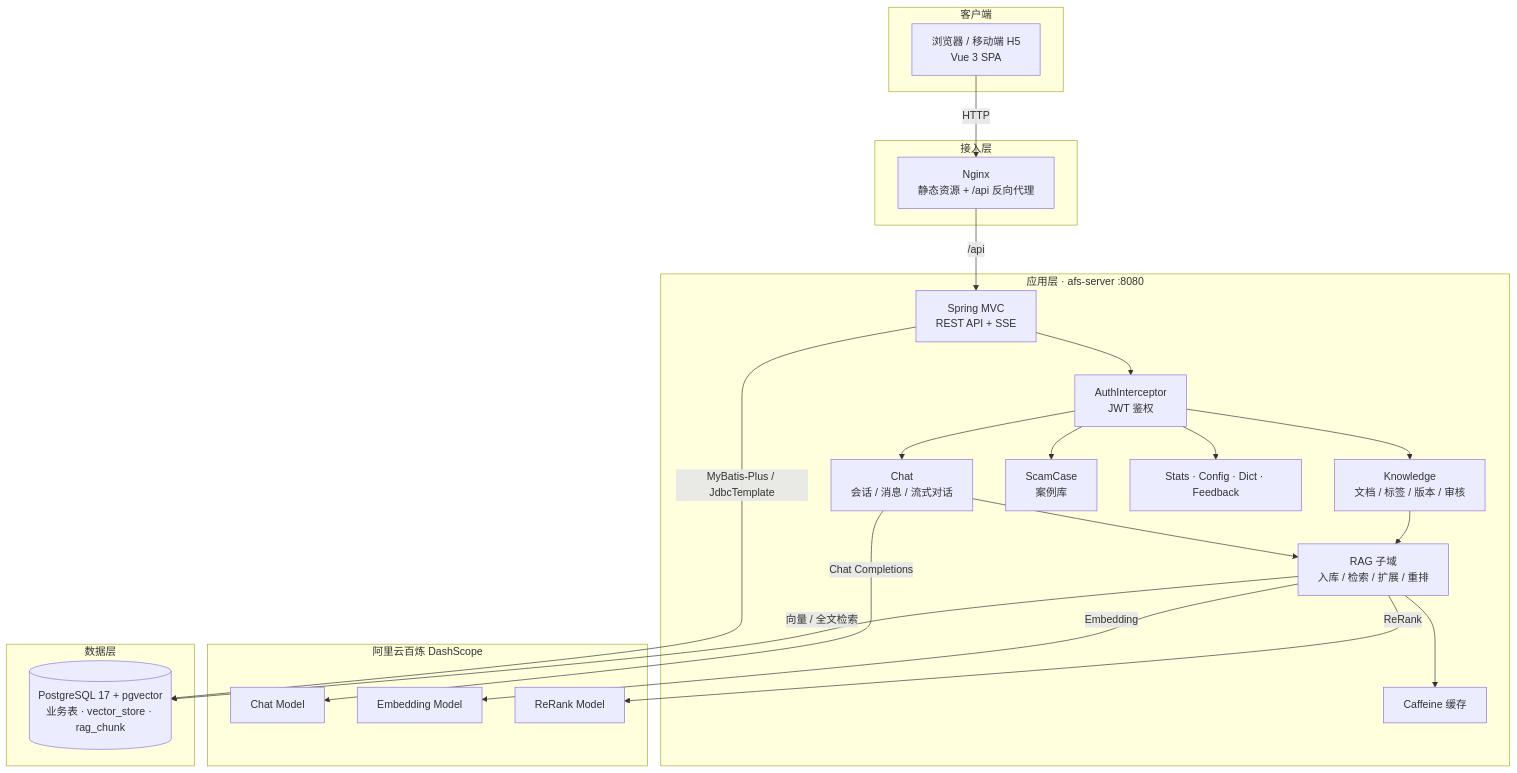
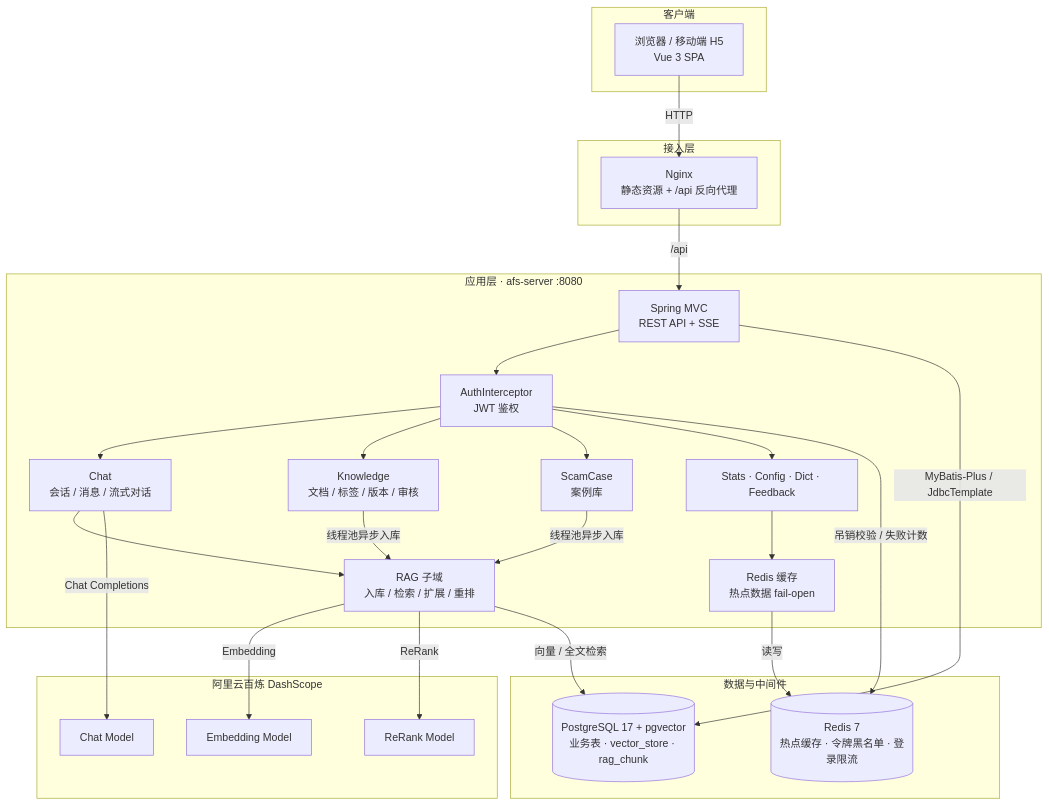
One commit to wxcoding/llm-afs changed the first of 4 diagrams in README.md. Above: the diagram before and after it, drawn with Mermaid. The commit also changed other lines of this file and 39 other files, not shown here.

````diff
--- a/README.md
+++ b/README.md
@@ -32,47 +44,51 @@
 ```mermaid
 flowchart TB
     subgraph CLIENT["客户端"]
         BROWSER["浏览器 / 移动端 H5<br/>Vue 3 SPA"]
     end
 
     subgraph EDGE["接入层"]
         NGINX["Nginx<br/>静态资源 + /api 反向代理"]
     end
 
     subgraph APP["应用层 · afs-server :8080"]
         MVC["Spring MVC<br/>REST API + SSE"]
         AUTH["AuthInterceptor<br/>JWT 鉴权"]
         CHAT["Chat<br/>会话 / 消息 / 流式对话"]
         KNOW["Knowledge<br/>文档 / 标签 / 版本 / 审核"]
         CASE["ScamCase<br/>案例库"]
         RAG["RAG 子域<br/>入库 / 检索 / 扩展 / 重排"]
         SUPPORT["Stats · Config · Dict · Feedback"]
-        CACHE["Caffeine 缓存"]
+        CACHE["Redis 缓存<br/>热点数据 fail-open"]
     end
 
     subgraph EXT["阿里云百炼 DashScope"]
         LLM["Chat Model"]
         EMB["Embedding Model"]
         RERANK["ReRank Model"]
     end
 
-    subgraph DATA["数据层"]
+    subgraph DATA["数据与中间件"]
         PG[("PostgreSQL 17 + pgvector<br/>业务表 · vector_store · rag_chunk")]
+        REDIS[("Redis 7<br/>热点缓存 · 令牌黑名单 · 登录限流")]
     end
 
     BROWSER -->|HTTP| NGINX
     NGINX -->|/api| MVC
     MVC --> AUTH
     AUTH --> CHAT
     AUTH --> KNOW
     AUTH --> CASE
     AUTH --> SUPPORT
     CHAT --> RAG
-    KNOW --> RAG
-    RAG --> CACHE
+    KNOW -->|线程池异步入库| RAG
+    CASE -->|线程池异步入库| RAG
+    SUPPORT --> CACHE
     RAG -->|Embedding| EMB
     RAG -->|ReRank| RERANK
     CHAT -->|Chat Completions| LLM
+    AUTH -->|吊销校验 / 失败计数| REDIS
+    CACHE -->|读写| REDIS
     MVC -->|MyBatis-Plus / JdbcTemplate| PG
     RAG -->|向量 / 全文检索| PG
 ```
````
